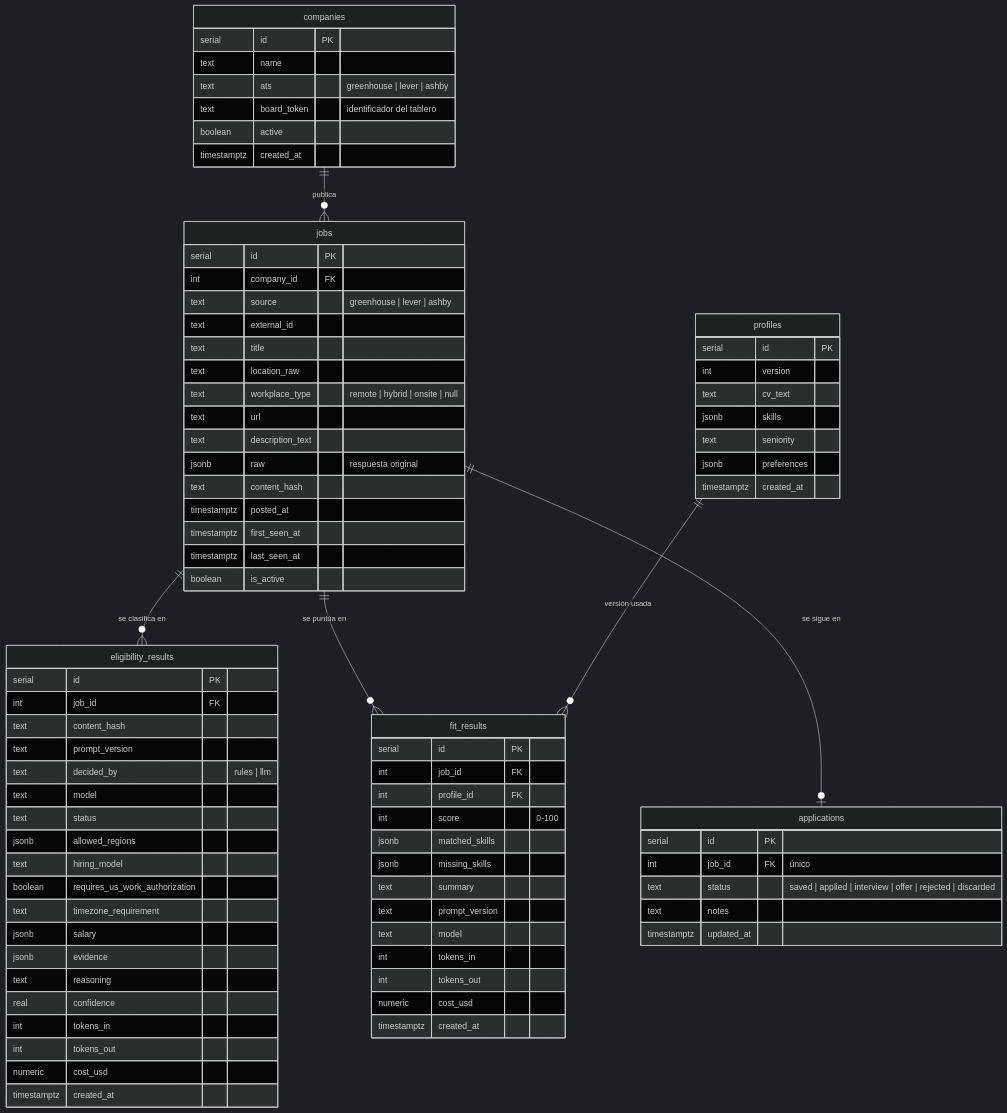
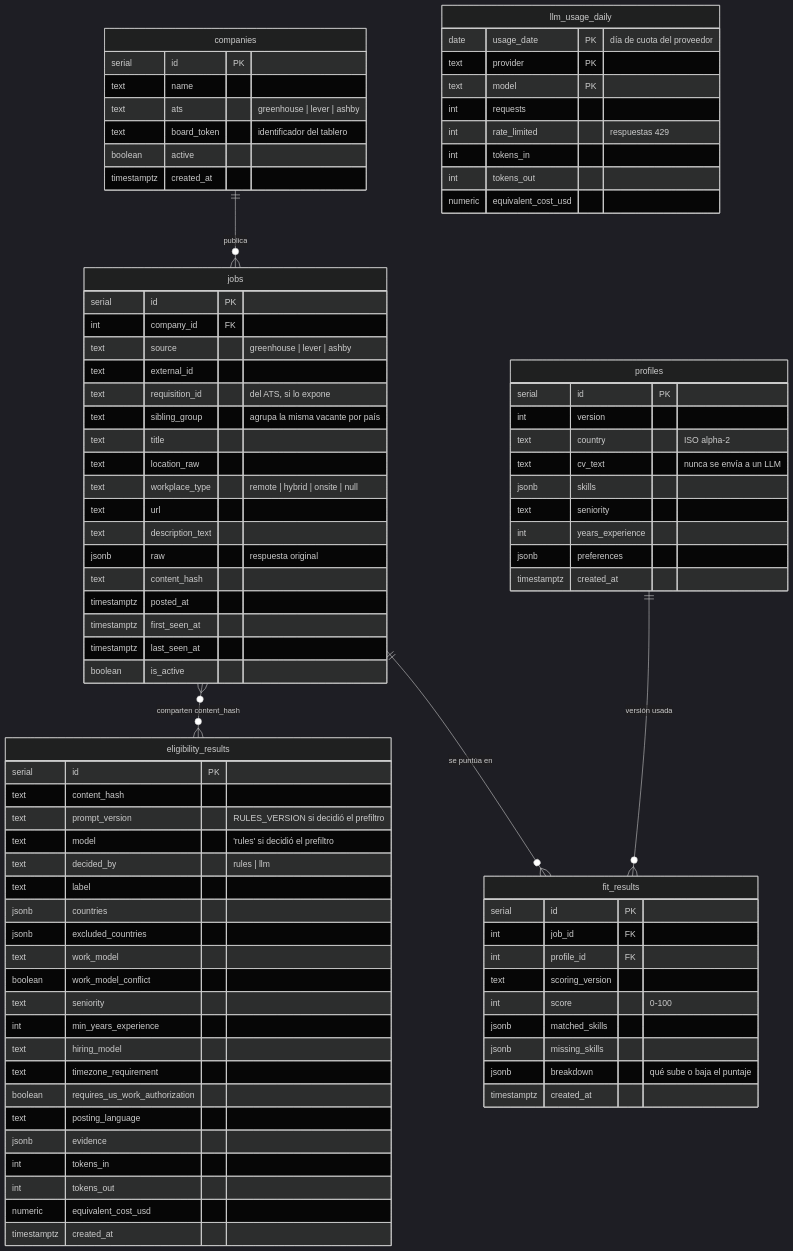
One commit to JuanManuelRivera31/remotefit changed the diagram in docs/03-modelo-de-datos.md. Above: the diagram before and after it, drawn with Mermaid (dark theme). The commit also changed other lines of this file and 17 other files, not shown here.

First line of the commit message:
docs: integrate eligibility taxonomy and free-tier cost decisions

````diff
--- a/docs/03-modelo-de-datos.md
+++ b/docs/03-modelo-de-datos.md
@@ -5,9 +5,8 @@
 ```mermaid
 erDiagram
     companies ||--o{ jobs : publica
-    jobs ||--o{ eligibility_results : "se clasifica en"
+    jobs }o--o{ eligibility_results : "comparten content_hash"
     jobs ||--o{ fit_results : "se puntúa en"
-    jobs ||--o| applications : "se sigue en"
     profiles ||--o{ fit_results : "versión usada"
 
     companies {
@@ -23,6 +22,8 @@
         int company_id FK
         text source "greenhouse | lever | ashby"
         text external_id
+        text requisition_id "del ATS, si lo expone"
+        text sibling_group "agrupa la misma vacante por país"
         text title
         text location_raw
         text workplace_type "remote | hybrid | onsite | null"
@@ -37,31 +38,35 @@
     }
     eligibility_results {
         serial id PK
-        int job_id FK
         text content_hash
-        text prompt_version
+        text prompt_version "RULES_VERSION si decidió el prefiltro"
+        text model "'rules' si decidió el prefiltro"
         text decided_by "rules | llm"
-        text model
-        text status
-        jsonb allowed_regions
+        text label
+        jsonb countries
+        jsonb excluded_countries
+        text work_model
+        boolean work_model_conflict
+        text seniority
+        int min_years_experience
         text hiring_model
+        text timezone_requirement
         boolean requires_us_work_authorization
-        text timezone_requirement
-        jsonb salary
+        text posting_language
         jsonb evidence
-        text reasoning
-        real confidence
         int tokens_in
         int tokens_out
-        numeric cost_usd
+        numeric equivalent_cost_usd
         timestamptz created_at
     }
     profiles {
         serial id PK
         int version
-        text cv_text
+        text country "ISO alpha-2"
+        text cv_text "nunca se envía a un LLM"
         jsonb skills
         text seniority
+        int years_experience
         jsonb preferences
         timestamptz created_at
     }
@@ -69,22 +74,21 @@
         serial id PK
         int job_id FK
         int profile_id FK
+        text scoring_version
         int score "0-100"
         jsonb matched_skills
         jsonb missing_skills
-        text summary
-        text prompt_version
-        text model
+        jsonb breakdown "qué sube o baja el puntaje"
+        timestamptz created_at
+    }
+    llm_usage_daily {
+        date usage_date PK "día de cuota del proveedor"
+        text provider PK
+        text model PK
+        int requests
+        int rate_limited "respuestas 429"
         int tokens_in
         int tokens_out
-        numeric cost_usd
-        timestamptz created_at
-    }
-    applications {
-        serial id PK
-        int job_id FK "único"
-        text status "saved | applied | interview | offer | rejected | discarded"
-        text notes
-        timestamptz updated_at
+        numeric equivalent_cost_usd
     }
 ```
````
